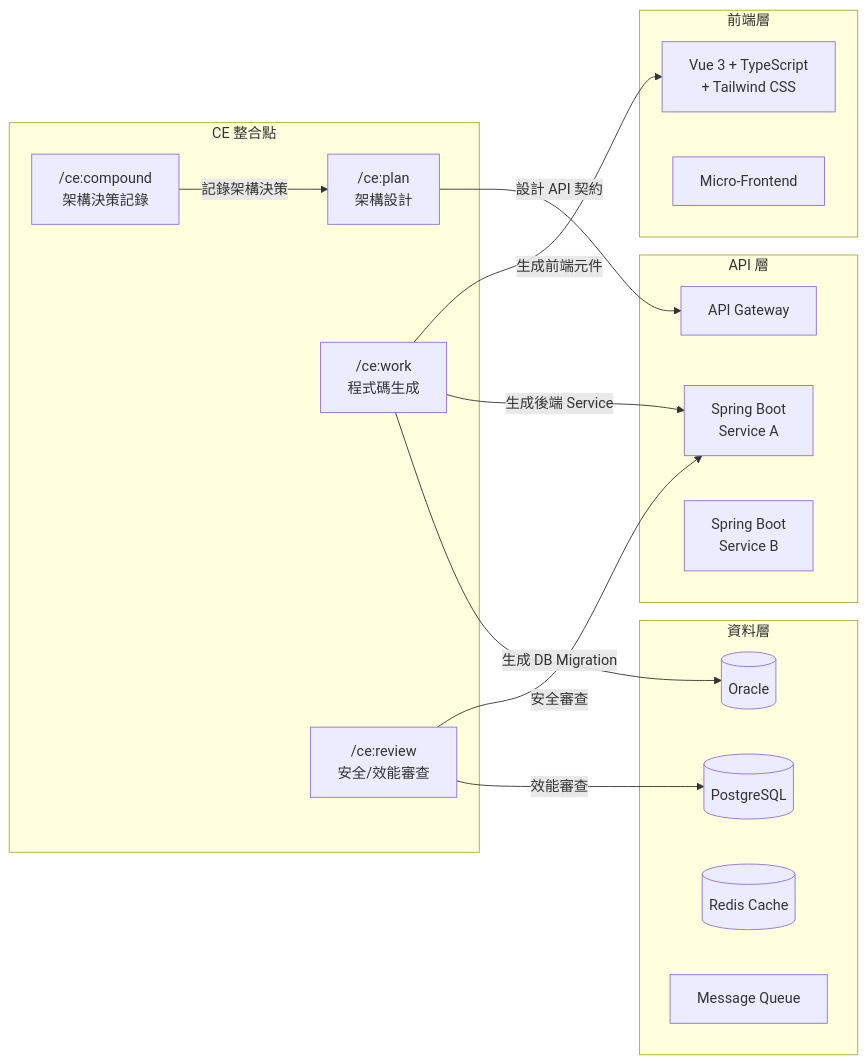
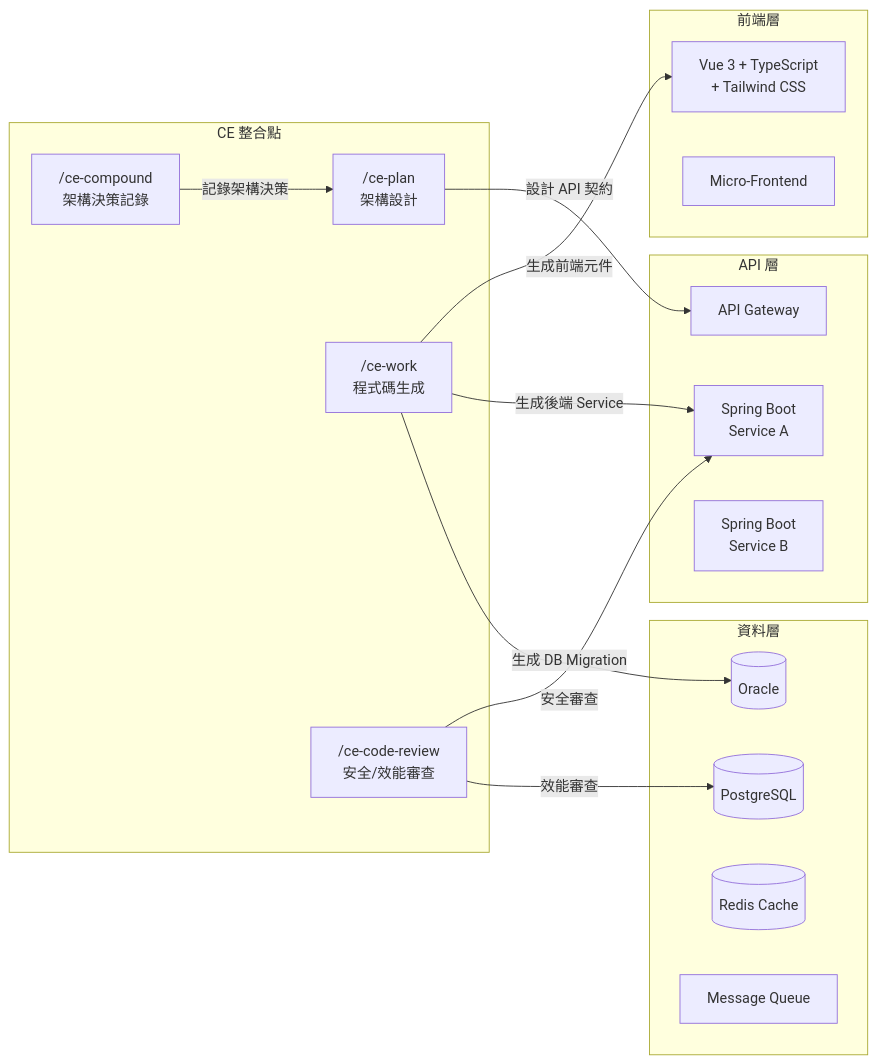
One commit to chihhung/Blog changed the second of 14 diagrams in content/posts/教學/AI開發/Compound Engineering 教學手冊.md. Above: the diagram before and after it, drawn with Mermaid. The commit also changed other lines of this file and 22 other files, not shown here.

````diff
--- a/content/posts/教學/AI開發/Compound Engineering 教學手冊.md
+++ b/content/posts/教學/AI開發/Compound Engineering 教學手冊.md
@@ -252,35 +317,35 @@
 ```mermaid
 graph LR
     subgraph "前端層"
         VUE[Vue 3 + TypeScript<br/>+ Tailwind CSS]
         MFE[Micro-Frontend]
     end
 
     subgraph "API 層"
         GW[API Gateway]
         SB1[Spring Boot<br/>Service A]
         SB2[Spring Boot<br/>Service B]
     end
 
     subgraph "資料層"
         ORA[(Oracle)]
         PG[(PostgreSQL)]
         REDIS[(Redis Cache)]
         MQ[Message Queue]
     end
 
     subgraph "CE 整合點"
-        CE_PLAN["/ce:plan<br/>架構設計"]
-        CE_WORK["/ce:work<br/>程式碼生成"]
-        CE_REVIEW["/ce:review<br/>安全/效能審查"]
-        CE_COMPOUND["/ce:compound<br/>架構決策記錄"]
+        CE_PLAN["/ce-plan<br/>架構設計"]
+        CE_WORK["/ce-work<br/>程式碼生成"]
+        CE_REVIEW["/ce-code-review<br/>安全/效能審查"]
+        CE_COMPOUND["/ce-compound<br/>架構決策記錄"]
     end
 
     CE_PLAN -->|設計 API 契約| GW
     CE_WORK -->|生成前端元件| VUE
     CE_WORK -->|生成後端 Service| SB1
     CE_WORK -->|生成 DB Migration| ORA
     CE_REVIEW -->|安全審查| SB1
     CE_REVIEW -->|效能審查| PG
     CE_COMPOUND -->|記錄架構決策| CE_PLAN
 ```
````
